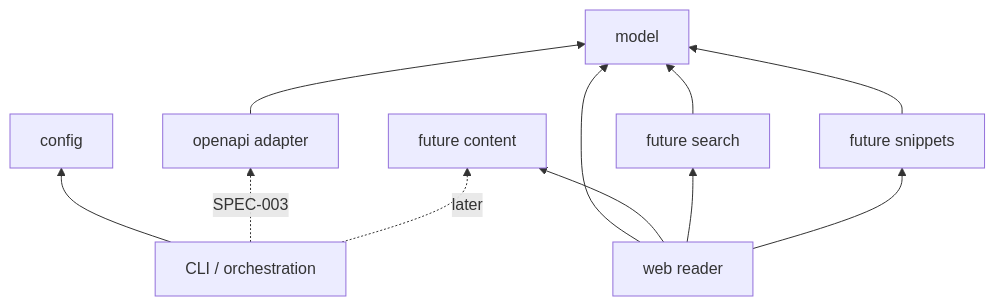
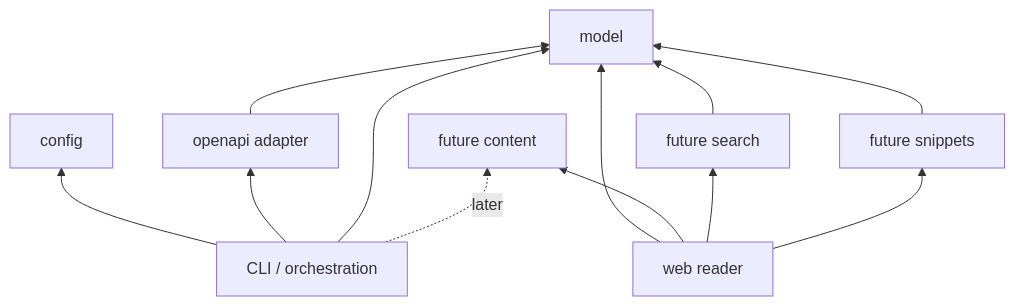
One commit to yannisyoussef/specistry changed the third of 6 diagrams in docs/architecture/README.md. Above: the diagram before and after it, drawn with Mermaid. The commit also changed other lines of this file and 12 other files, not shown here.

````diff
--- a/docs/architecture/README.md
+++ b/docs/architecture/README.md
@@ -59,16 +59,17 @@
 ```mermaid
 flowchart BT
   Model["model"]
   OpenAPI["openapi adapter"] --> Model
   Config["config"]
   FutureSearch["future search"] --> Model
   FutureSnippets["future snippets"] --> Model
   FutureContent["future content"]
   Web["web reader"] --> Model
   Web --> FutureContent
   Web --> FutureSearch
   Web --> FutureSnippets
   CLI["CLI / orchestration"] --> Config
-  CLI -. "SPEC-003" .-> OpenAPI
+  CLI --> OpenAPI
+  CLI --> Model
   CLI -. "later" .-> FutureContent
 ```
````
